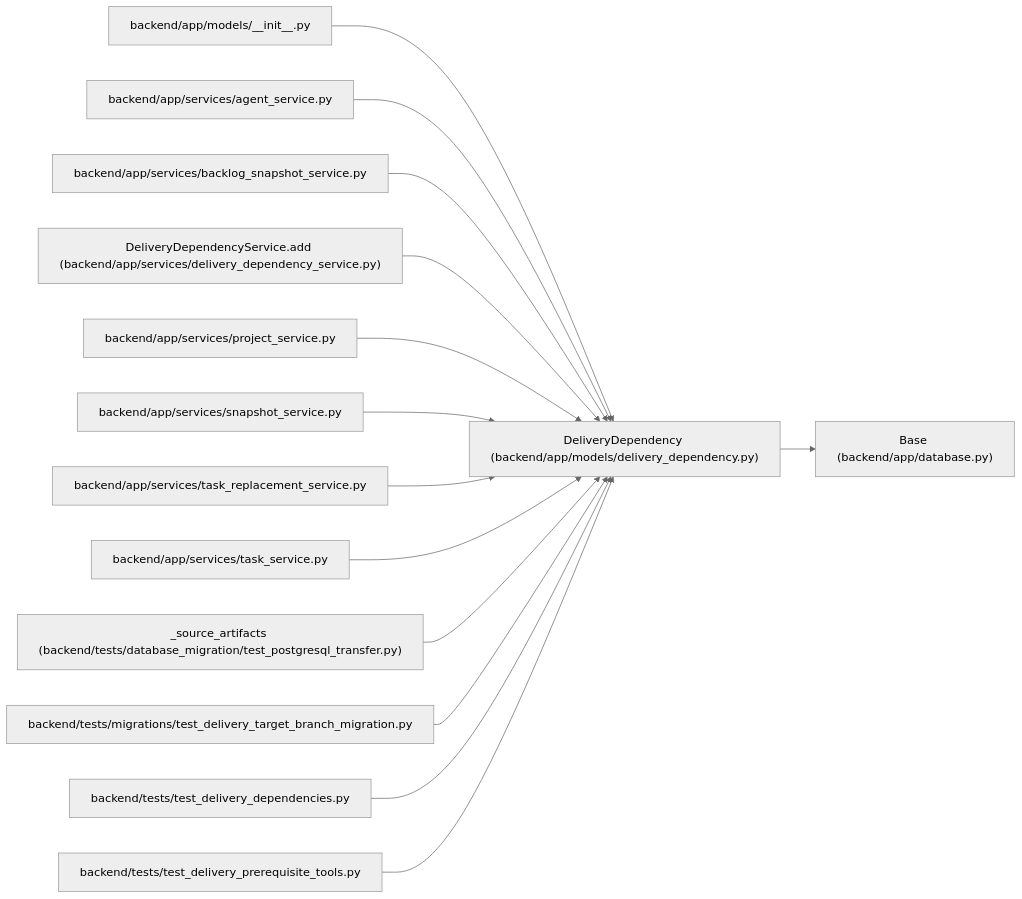
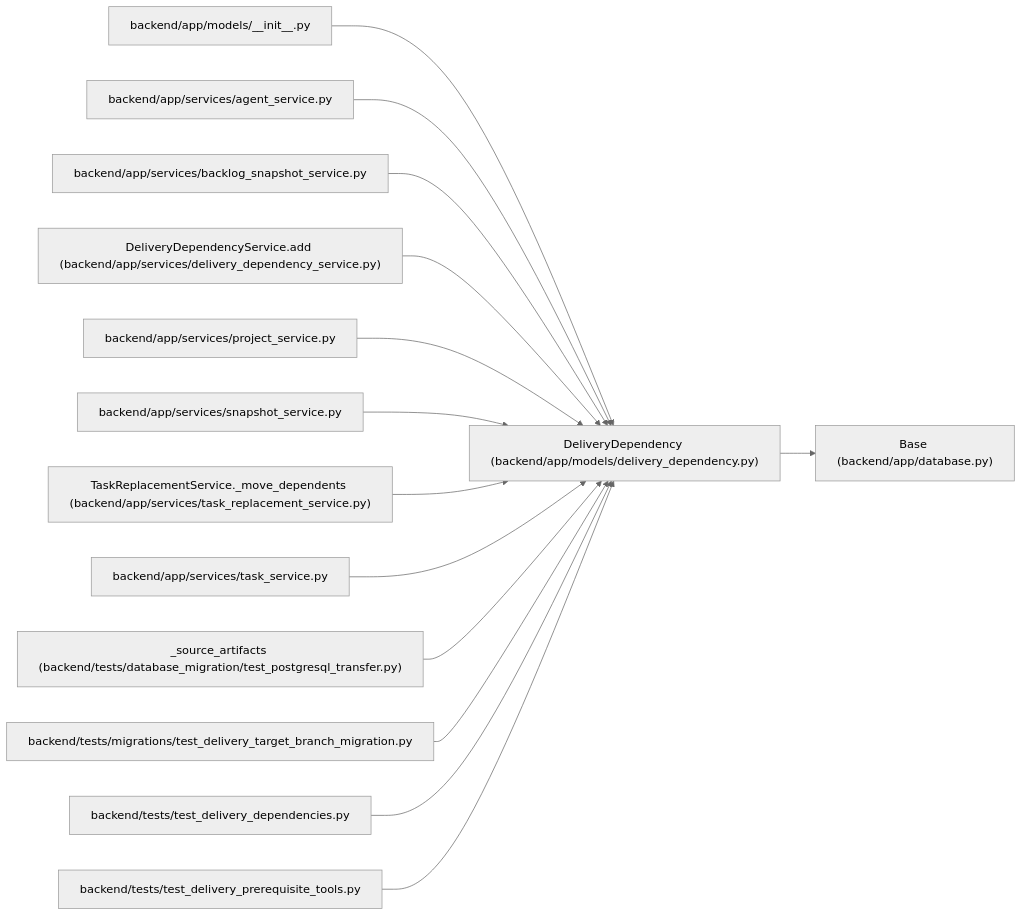
Before and after one commit to Denissvgn/WorkChord: the diagram in docs/llm_wiki/entities/DeliveryDependency.md, drawn with Mermaid (neutral theme). The commit also changed other lines of this file and 693 other files, not shown here.

Commit message:
Sync the architectural wiki for superseding work with an accepted successor

````diff
--- a/docs/llm_wiki/entities/DeliveryDependency.md
+++ b/docs/llm_wiki/entities/DeliveryDependency.md
@@ -29,44 +29,44 @@
 ```mermaid
 flowchart LR
     n0["DeliveryDependency (backend/app/models/delivery_dependency.py)"]
     n1["Base (backend/app/database.py)"]
     n2["backend/app/models/__init__.py"]
     n3["backend/app/services/agent_service.py"]
     n4["backend/app/services/backlog_snapshot_service.py"]
     n5["DeliveryDependencyService.add (backend/app/services/delivery_dependency_service.py)"]
     n6["backend/app/services/project_service.py"]
     n7["backend/app/services/snapshot_service.py"]
-    n8["backend/app/services/task_replacement_service.py"]
+    n8["TaskReplacementService._move_dependents (backend/app/services/task_replacement_service.py)"]
     n9["backend/app/services/task_service.py"]
     n10["_source_artifacts (backend/tests/database_migration/test_postgresql_transfer.py)"]
     n11["backend/tests/migrations/test_delivery_target_branch_migration.py"]
     n12["backend/tests/test_delivery_dependencies.py"]
     n13["backend/tests/test_delivery_prerequisite_tools.py"]
     n0 --> n1
     n2 --> n0
     n3 --> n0
     n4 --> n0
     n5 --> n0
     n6 --> n0
     n7 --> n0
     n8 --> n0
     n9 --> n0
     n10 --> n0
     n11 --> n0
     n12 --> n0
     n13 --> n0
     click n0 "../modules/models_delivery_dependency.md"
     click n1 "../modules/app_database.md"
     click n2 "../modules/models___init__.md"
     click n3 "../modules/agent_service.md"
     click n4 "../modules/backlog_snapshot_service.md"
     click n5 "../modules/delivery_dependency_service.md"
     click n6 "../modules/project_service.md"
     click n7 "../modules/snapshot_service.md"
     click n8 "../modules/task_replacement_service.md"
     click n9 "../modules/task_service.md"
     click n10 "../modules/test_postgresql_transfer.md"
     click n11 "../modules/test_delivery_target_branch_migration.md"
     click n12 "../modules/test_delivery_dependencies.md"
     click n13 "../modules/test_delivery_prerequisite_tools.md"
 ```
````
